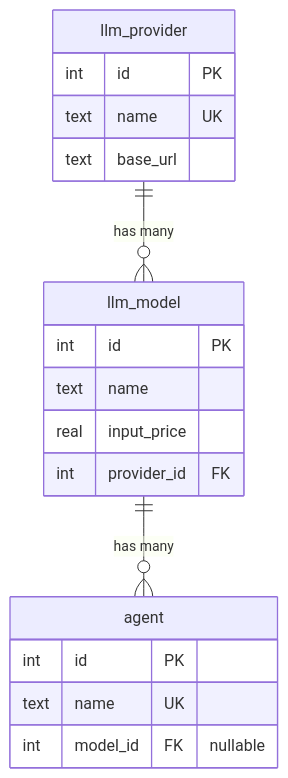
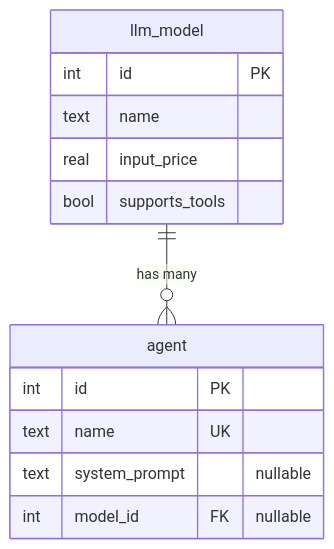
The diagram in docs/guide/relations.md (aartintelligent/turso-orm), drawn with Mermaid before and after one commit. The commit also changed other lines of this file and 54 other files, not shown here.

````diff
--- a/docs/guide/relations.md
+++ b/docs/guide/relations.md
@@ -20,21 +20,16 @@
 ```mermaid
 erDiagram
-    llm_provider ||--o{ llm_model : "has many"
     llm_model ||--o{ agent : "has many"
-    llm_provider {
-        int id PK
-        text name UK
-        text base_url
-    }
     llm_model {
         int id PK
         text name
         real input_price
-        int provider_id FK
+        bool supports_tools
     }
     agent {
         int id PK
         text name UK
+        text system_prompt "nullable"
         int model_id FK "nullable"
     }
 ```
````
